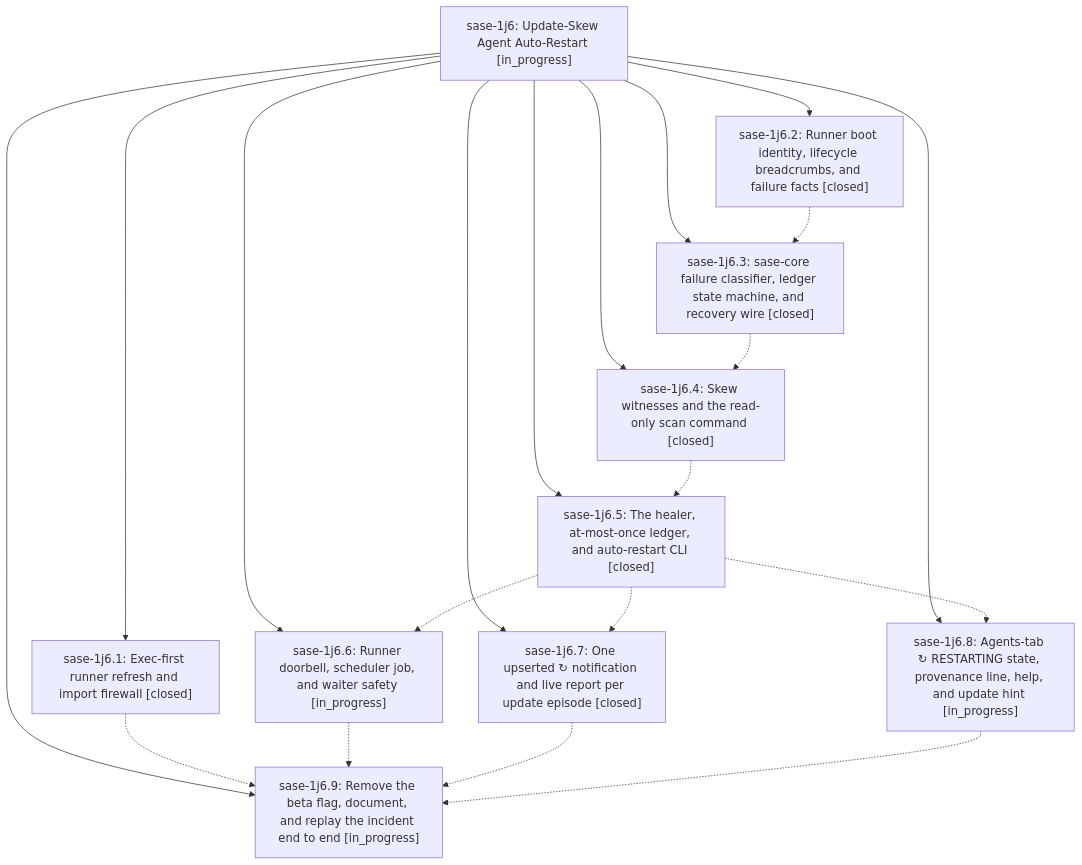
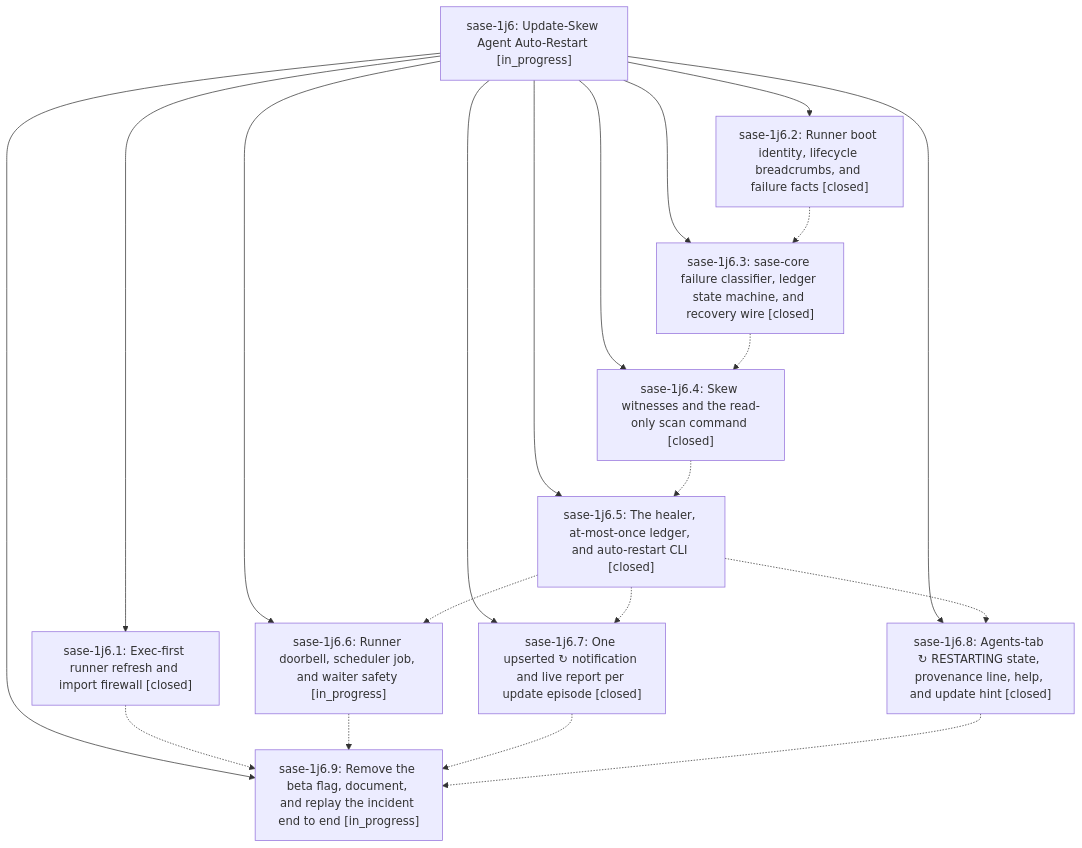
Before and after one commit to sase-org/sase--beads: the diagram in pages/sase-1j6/README.md, drawn with Mermaid. The commit also changed other lines of this file and 4 other files, not shown here.

````diff
--- a/pages/sase-1j6/README.md
+++ b/pages/sase-1j6/README.md
@@ -44,32 +44,32 @@
 ```mermaid
 flowchart TD
     n0["sase-1j6: Update-Skew Agent Auto-Restart [in_progress]"]
     n1["sase-1j6.1: Exec-first runner refresh and import firewall [closed]"]
     n2["sase-1j6.2: Runner boot identity, lifecycle breadcrumbs, and failure facts [closed]"]
     n3["sase-1j6.3: sase-core failure classifier, ledger state machine, and recovery wire [closed]"]
     n4["sase-1j6.4: Skew witnesses and the read-only scan command [closed]"]
     n5["sase-1j6.5: The healer, at-most-once ledger, and auto-restart CLI [closed]"]
     n6["sase-1j6.6: Runner doorbell, scheduler job, and waiter safety [in_progress]"]
     n7["sase-1j6.7: One upserted ↻ notification and live report per update episode [closed]"]
-    n8["sase-1j6.8: Agents-tab ↻ RESTARTING state, provenance line, help, and update hint [in_progress]"]
+    n8["sase-1j6.8: Agents-tab ↻ RESTARTING state, provenance line, help, and update hint [closed]"]
     n9["sase-1j6.9: Remove the beta flag, document, and replay the incident end to end [in_progress]"]
     n0 --> n1
     n0 --> n2
     n0 --> n3
     n0 --> n4
     n0 --> n5
     n0 --> n6
     n0 --> n7
     n0 --> n8
     n0 --> n9
     n1 -.-> n9
     n2 -.-> n3
     n3 -.-> n4
     n4 -.-> n5
     n5 -.-> n6
     n5 -.-> n7
     n5 -.-> n8
     n6 -.-> n9
     n7 -.-> n9
     n8 -.-> n9
 ```
````
